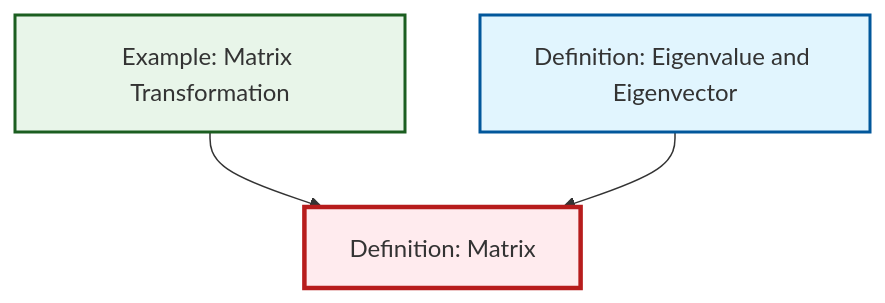
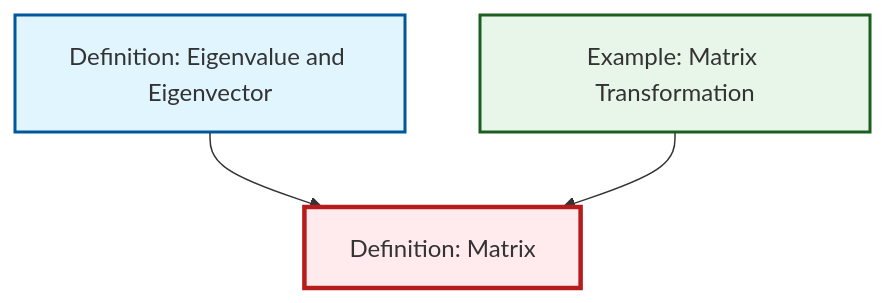
One commit to RK0429/ModernMath changed the diagram in content/en/algebra/def-matrix.qmd. Above: the diagram before and after it, drawn with Mermaid. The commit also changed other lines of this file and 434 other files, not shown here.

````diff
--- a/content/en/algebra/def-matrix.qmd
+++ b/content/en/algebra/def-matrix.qmd
@@ -57,17 +57,17 @@
 ```{mermaid}
 %%| fig-cap: "Local dependency graph"
 graph TD
     classDef definition fill:#e1f5fe,stroke:#01579b,stroke-width:2px
     classDef theorem fill:#f3e5f5,stroke:#4a148c,stroke-width:2px
     classDef axiom fill:#fff3e0,stroke:#e65100,stroke-width:2px
     classDef example fill:#e8f5e9,stroke:#1b5e20,stroke-width:2px
     classDef current fill:#ffebee,stroke:#b71c1c,stroke-width:3px
+    ex-matrix-transformation["Example: Matrix Transformation"]:::example
+    def-eigenvalue-eigenvector["Definition: Eigenvalue and Eigenvector"]:::definition
     def-matrix["Definition: Matrix"]:::definition
-    def-eigenvalue-eigenvector["Definition: Eigenvalue and Eigenvector"]:::definition
-    ex-matrix-transformation["Example: Matrix Transformation"]:::example
+    def-eigenvalue-eigenvector --> def-matrix
     ex-matrix-transformation --> def-matrix
-    def-eigenvalue-eigenvector --> def-matrix
     class def-matrix current
+    click ex-matrix-transformation "ex-matrix-transformation.html" "Go to Matrix Transformation example"
     click def-eigenvalue-eigenvector "def-eigenvalue-eigenvector.html" "Go to Eigenvalue and Eigenvector definition"
-    click ex-matrix-transformation "ex-matrix-transformation.html" "Go to Matrix Transformation example"
 ```
````
